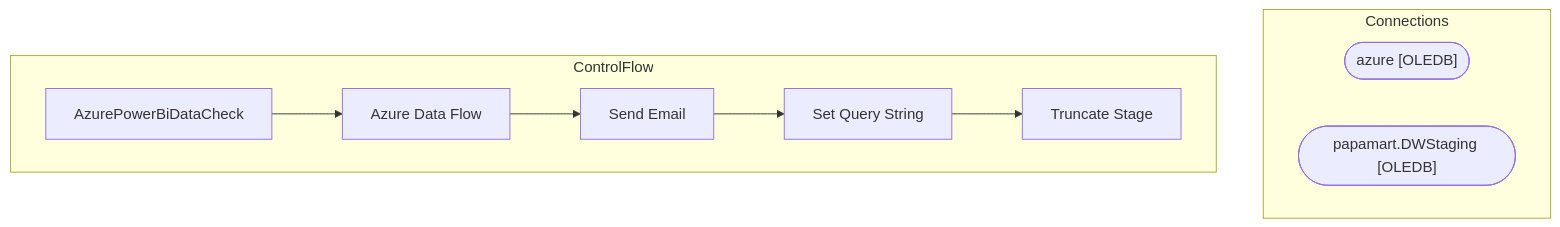
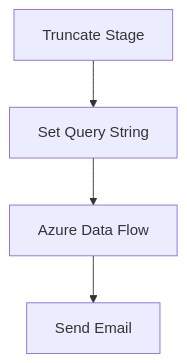
One commit to juanandresbrain/BABSkills changed the diagram in bab-docs-explorer/Documentation/STL-SSIS-P-01/SSIS/Azure/AzurePowerBIDataCheck.AzurePowerBiDataCheck.md. Above: the diagram before and after it, drawn with Mermaid. The commit also changed other lines of this file and 273 other files, not shown here.

````diff
--- a/bab-docs-explorer/Documentation/STL-SSIS-P-01/SSIS/Azure/AzurePowerBIDataCheck.AzurePowerBiDataCheck.md
+++ b/bab-docs-explorer/Documentation/STL-SSIS-P-01/SSIS/Azure/AzurePowerBIDataCheck.AzurePowerBiDataCheck.md
@@ -9,18 +35,10 @@
 ```mermaid
 flowchart TD
-    subgraph Connections
-        azure_conn(["azure [OLEDB]"])
-        papamart_DWStaging_conn(["papamart.DWStaging [OLEDB]"])
-    end
-    subgraph ControlFlow
-        AzurePowerBiDataCheck_task["AzurePowerBiDataCheck"]
-        Azure_Data_Flow_task["Azure Data Flow"]
-        AzurePowerBiDataCheck_task --> Azure_Data_Flow_task
-        Send_Email_task["Send Email"]
-        Azure_Data_Flow_task --> Send_Email_task
-        Set_Query_String_task["Set Query String"]
-        Send_Email_task --> Set_Query_String_task
-        Truncate_Stage_task["Truncate Stage"]
-        Set_Query_String_task --> Truncate_Stage_task
-    end
+    n_Package_Azure_Data_Flow["Azure Data Flow"]
+    n_Package_Send_Email["Send Email"]
+    n_Package_Set_Query_String["Set Query String"]
+    n_Package_Truncate_Stage["Truncate Stage"]
+    n_Package_Set_Query_String --> n_Package_Azure_Data_Flow
+    n_Package_Azure_Data_Flow --> n_Package_Send_Email
+    n_Package_Truncate_Stage --> n_Package_Set_Query_String
 ```
````
